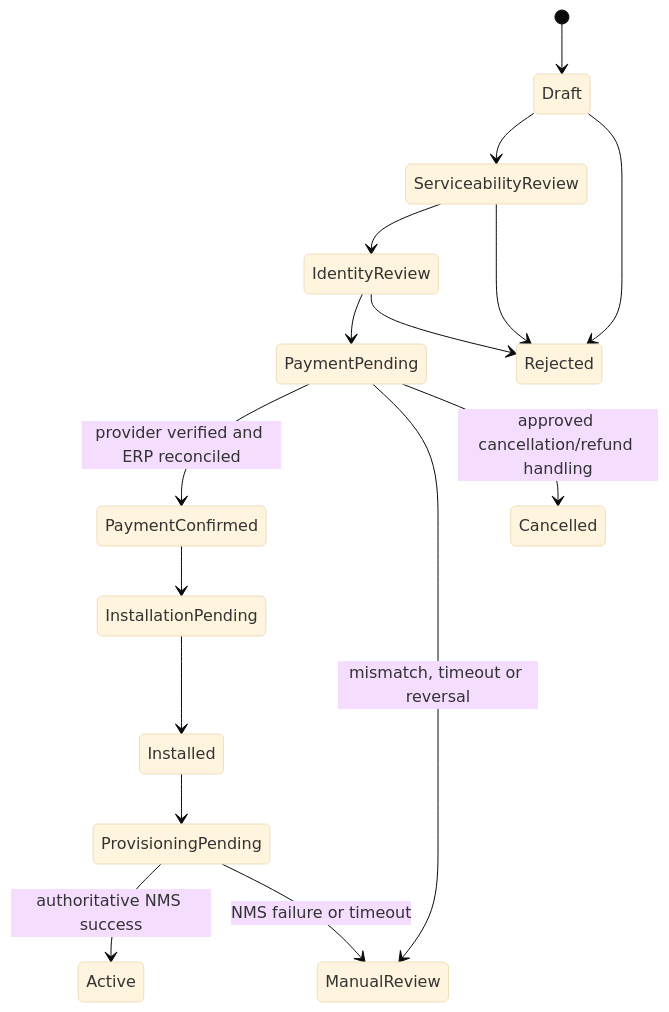
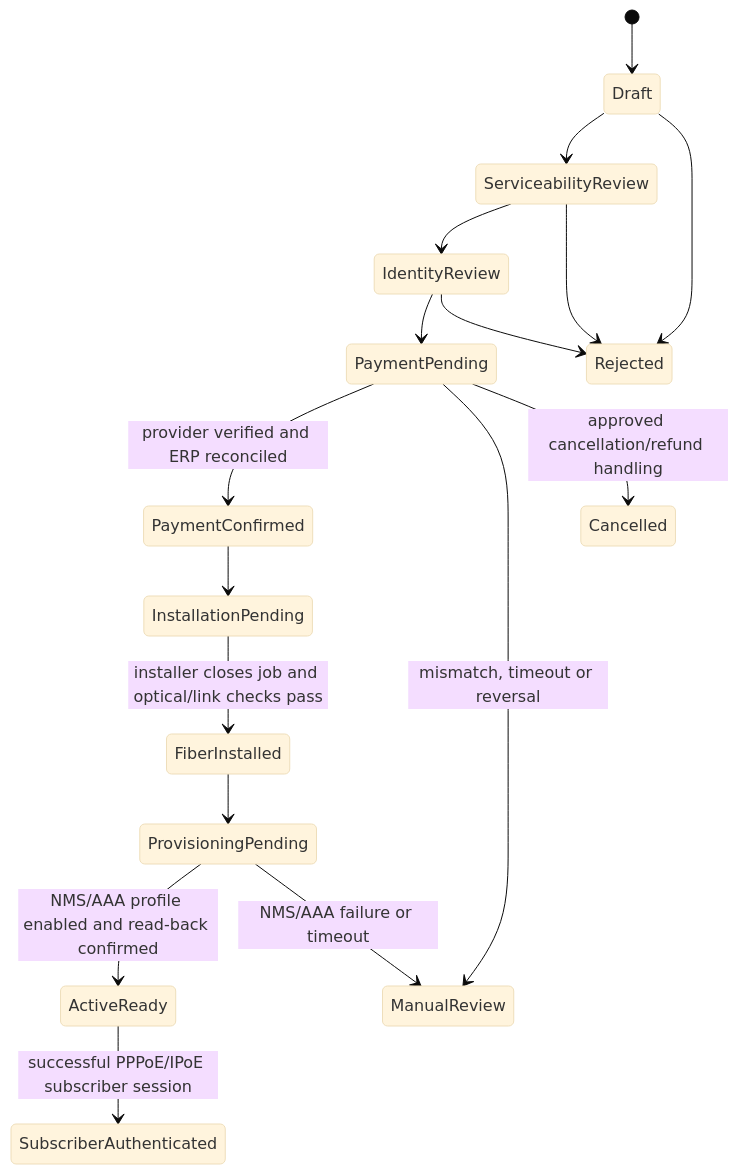
One commit to pmwaniwifi-oss/OMISHA-NETWORK-OS changed the diagram in docs/self-care/customer-enrollment-contract.md. Above: the diagram before and after it, drawn with Mermaid (base theme). The commit also changed other lines of this file, not shown here.

Commit message:
docs: define fiber activation and subscriber auth flow

````diff
--- a/docs/self-care/customer-enrollment-contract.md
+++ b/docs/self-care/customer-enrollment-contract.md
@@ -24,18 +24,19 @@
 ```mermaid
 stateDiagram-v2
   [*] --> Draft
   Draft --> ServiceabilityReview
   ServiceabilityReview --> IdentityReview
   IdentityReview --> PaymentPending
   PaymentPending --> PaymentConfirmed: provider verified and ERP reconciled
   PaymentPending --> ManualReview: mismatch, timeout or reversal
   PaymentConfirmed --> InstallationPending
-  InstallationPending --> Installed
-  Installed --> ProvisioningPending
-  ProvisioningPending --> Active: authoritative NMS success
-  ProvisioningPending --> ManualReview: NMS failure or timeout
+  InstallationPending --> FiberInstalled: installer closes job and optical/link checks pass
+  FiberInstalled --> ProvisioningPending
+  ProvisioningPending --> ActiveReady: NMS/AAA profile enabled and read-back confirmed
+  ProvisioningPending --> ManualReview: NMS/AAA failure or timeout
+  ActiveReady --> SubscriberAuthenticated: successful PPPoE/IPoE subscriber session
   Draft --> Rejected
   ServiceabilityReview --> Rejected
   IdentityReview --> Rejected
   PaymentPending --> Cancelled: approved cancellation/refund handling
 ```
````
